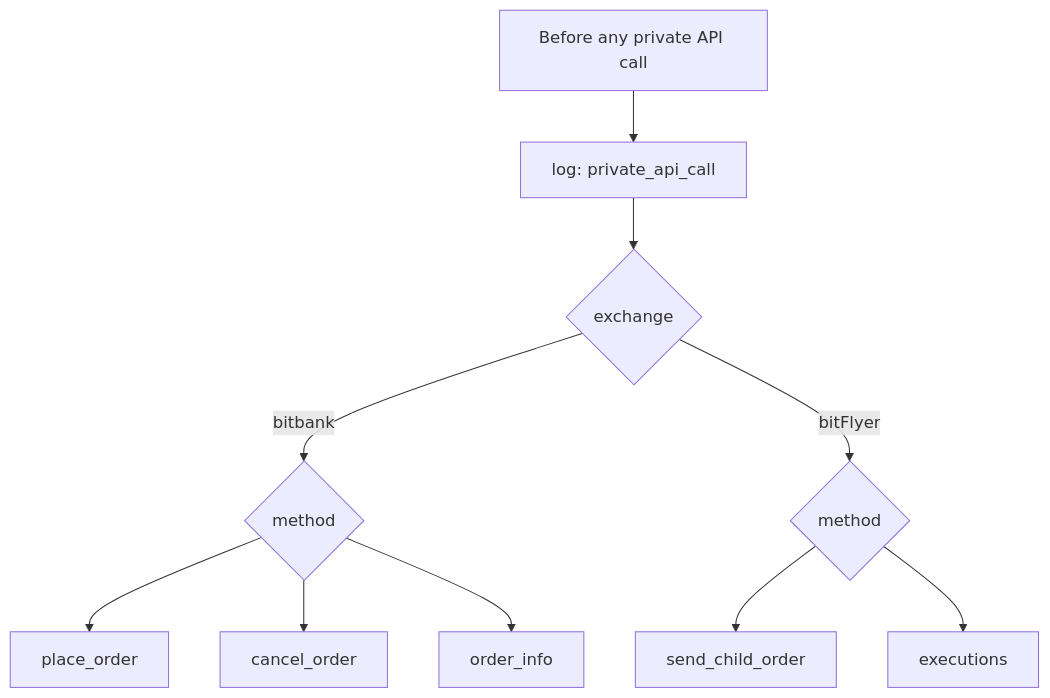
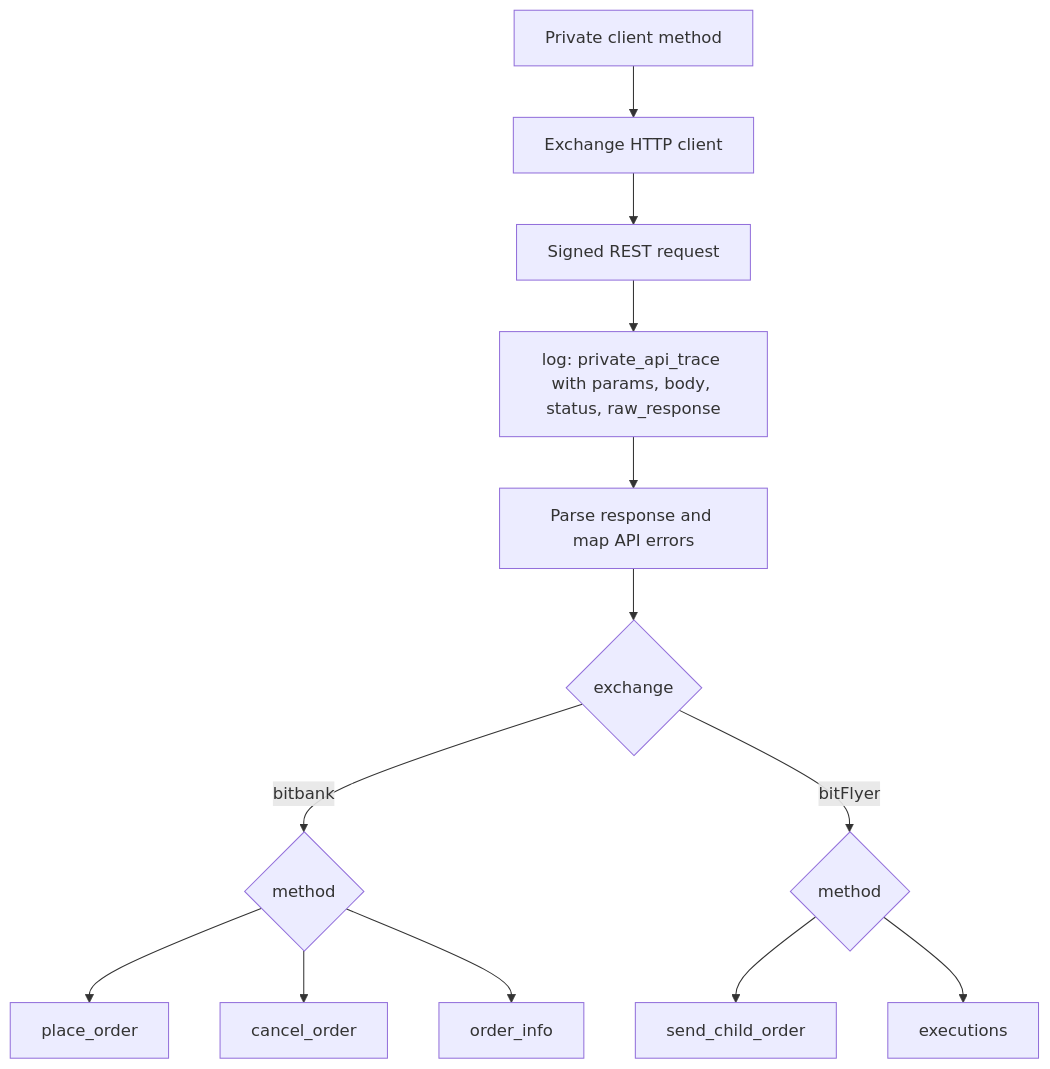
Before and after one commit to 00ken00/vibe_bot: the seventh of 7 diagrams in src/vibe_bot/trades/flowchart.md, drawn with Mermaid. The commit also changed other lines of this file and 6 other files, not shown here.

````diff
--- a/src/vibe_bot/trades/flowchart.md
+++ b/src/vibe_bot/trades/flowchart.md
@@ -179,12 +188,15 @@
 ```mermaid
 flowchart TD
-    A[Before any private API call] --> LOG[log: private_api_call]
-    LOG --> EX{exchange}
+    A[Private client method] --> H[Exchange HTTP client]
+    H --> R[Signed REST request]
+    R --> LOG[log: private_api_trace with params, body, status, raw_response]
+    LOG --> P[Parse response and map API errors]
+    P --> EX{exchange}
     EX -- bitbank --> BB{method}
     BB --> BB1[place_order]
     BB --> BB2[cancel_order]
     BB --> BB3[order_info]
     EX -- bitFlyer --> BF{method}
     BF --> BF1[send_child_order]
     BF --> BF2[executions]
 ```
````
